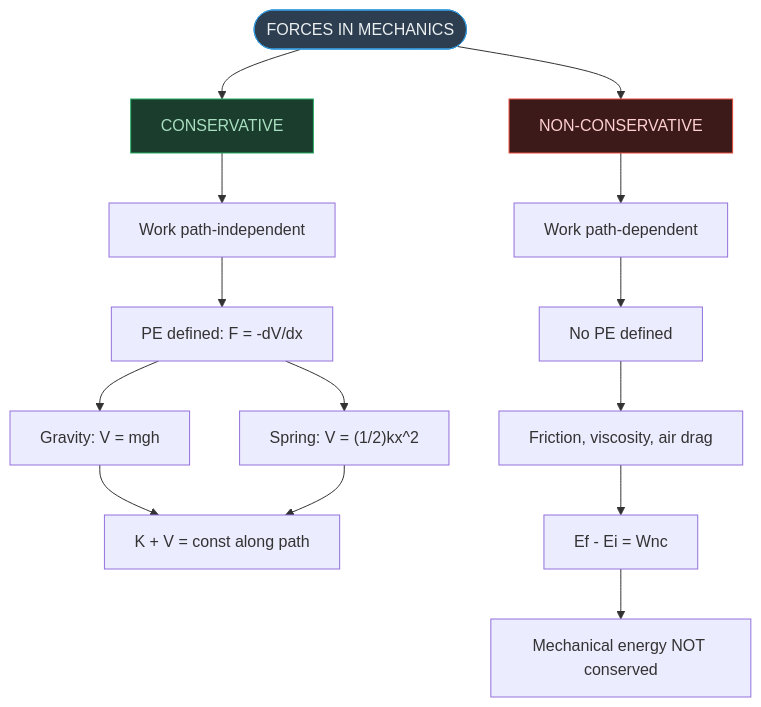
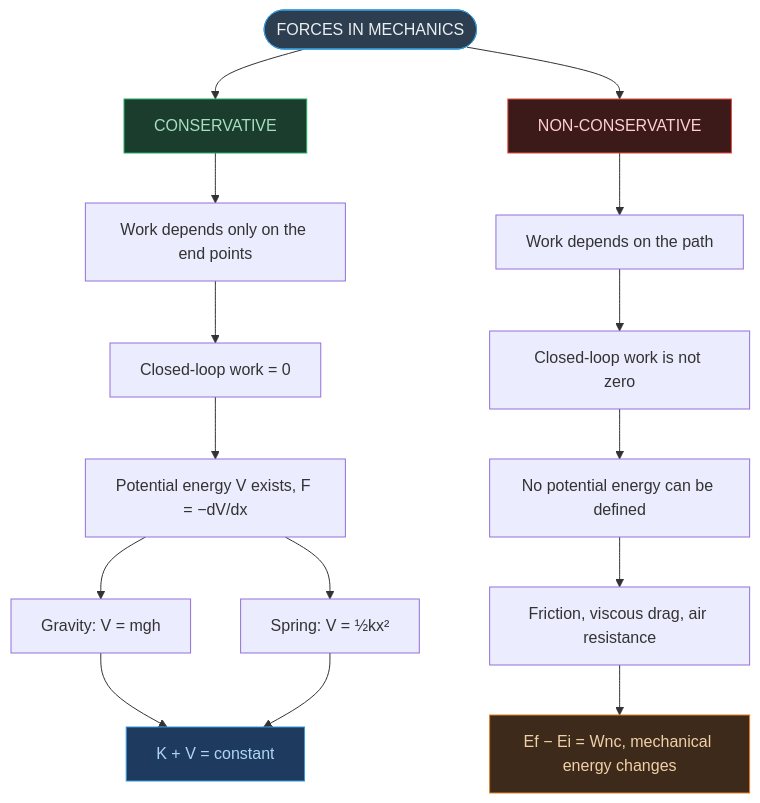
The fifth of 9 diagrams in AI-NOTES/PHYSICS/PHYSICS05-WORK_ENERGY_AND_POWER/PHYSICS05-WORK_ENERGY_AND_POWER-NOTES.md (fsr-science/NCERT-Science), drawn with Mermaid before and after one commit. The commit also changed other lines of this file, not shown here.

````diff
--- a/AI-NOTES/PHYSICS/PHYSICS05-WORK_ENERGY_AND_POWER/PHYSICS05-WORK_ENERGY_AND_POWER-NOTES.md
+++ b/AI-NOTES/PHYSICS/PHYSICS05-WORK_ENERGY_AND_POWER/PHYSICS05-WORK_ENERGY_AND_POWER-NOTES.md
@@ -193,23 +1170,26 @@
 ```mermaid
 flowchart TD
     ROOT(["FORCES IN MECHANICS"])
     ROOT --> CON["CONSERVATIVE"]
     ROOT --> NCON["NON-CONSERVATIVE"]
 
-    CON --> CON1["Work path-independent"]
-    CON1 --> CON2["PE defined: F = -dV/dx"]
-    CON2 --> CON3["Gravity: V = mgh"]
-    CON2 --> CON4["Spring: V = (1/2)kx^2"]
-    CON3 --> CON5["K + V = const along path"]
-    CON4 --> CON5
+    CON --> CON1["Work depends only on the end points"]
+    CON1 --> CON2["Closed-loop work = 0"]
+    CON2 --> CON3["Potential energy V exists, F = −dV/dx"]
+    CON3 --> CON4["Gravity: V = mgh"]
+    CON3 --> CON5["Spring: V = ½kx²"]
+    CON4 --> CON6["K + V = constant"]
+    CON5 --> CON6
 
-    NCON --> NCON1["Work path-dependent"]
-    NCON1 --> NCON2["No PE defined"]
-    NCON2 --> NCON3["Friction, viscosity, air drag"]
-    NCON3 --> NCON4["Ef - Ei = Wnc"]
-    NCON4 --> NCON5["Mechanical energy NOT conserved"]
+    NCON --> NCON1["Work depends on the path"]
+    NCON1 --> NCON2["Closed-loop work is not zero"]
+    NCON2 --> NCON3["No potential energy can be defined"]
+    NCON3 --> NCON4["Friction, viscous drag, air resistance"]
+    NCON4 --> NCON5["Ef − Ei = Wnc, mechanical energy changes"]
 
     style ROOT fill:#2c3e50,color:#ecf0f1,stroke:#3498db
     style CON fill:#1a3d2e,color:#a9dfbf,stroke:#27ae60
     style NCON fill:#3d1a1a,color:#ffd0d0,stroke:#e74c3c
+    style CON6 fill:#1e3a5f,color:#aed6f1,stroke:#3498db
+    style NCON5 fill:#3d2a1a,color:#f0d0a8,stroke:#e67e22
 ```
````
